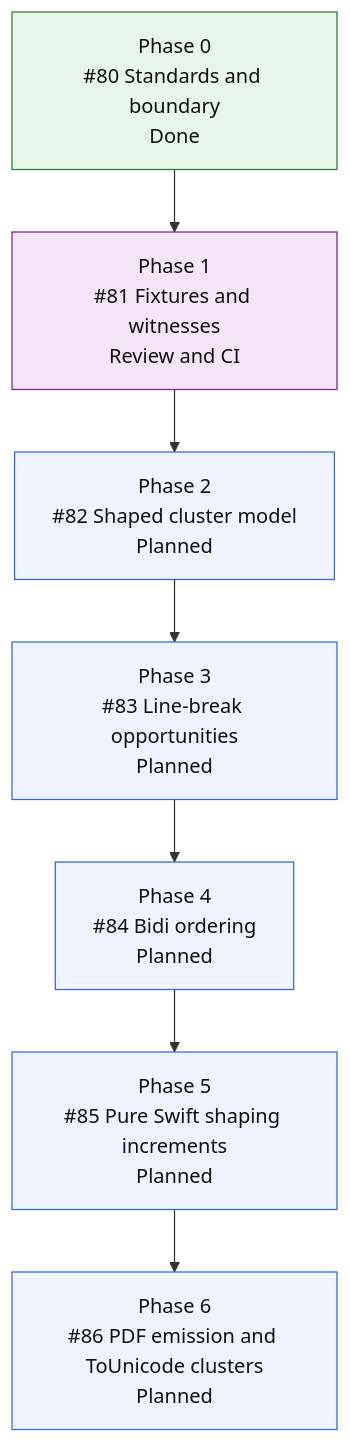
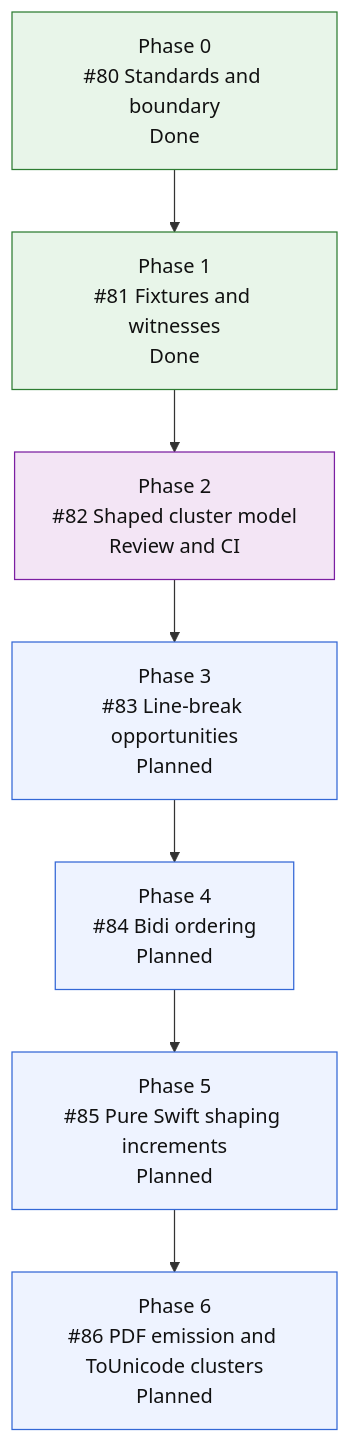
Before and after one commit to mihaelamj/MarkdownPDF: the fourth of 4 diagrams in README.md, drawn with Mermaid. The commit also changed 4 other files, not shown here.

First line of the commit message:
feat(text): add shaped cluster model

````diff
--- a/README.md
+++ b/README.md
@@ -300,21 +300,21 @@
 ```mermaid
 flowchart TD
     S0["Phase 0<br/>#80 Standards and boundary<br/>Done"]
-    S1["Phase 1<br/>#81 Fixtures and witnesses<br/>Review and CI"]
-    S2["Phase 2<br/>#82 Shaped cluster model<br/>Planned"]
+    S1["Phase 1<br/>#81 Fixtures and witnesses<br/>Done"]
+    S2["Phase 2<br/>#82 Shaped cluster model<br/>Review and CI"]
     S3["Phase 3<br/>#83 Line-break opportunities<br/>Planned"]
     S4["Phase 4<br/>#84 Bidi ordering<br/>Planned"]
     S5["Phase 5<br/>#85 Pure Swift shaping increments<br/>Planned"]
     S6["Phase 6<br/>#86 PDF emission and ToUnicode clusters<br/>Planned"]
 
     S0 --> S1 --> S2 --> S3 --> S4 --> S5 --> S6
 
     classDef done fill:#e8f5e9,stroke:#2e7d32,color:#111;
     classDef active fill:#e3f2fd,stroke:#1565c0,color:#111;
     classDef review fill:#f3e5f5,stroke:#7b1fa2,color:#111;
     classDef next fill:#fff8e1,stroke:#f9a825,color:#111;
     classDef todo fill:#eef3ff,stroke:#3367d6,color:#111;
-    class S0 done;
-    class S1 review;
-    class S2,S3,S4,S5,S6 todo;
+    class S0,S1 done;
+    class S2 review;
+    class S3,S4,S5,S6 todo;
 ```
````
